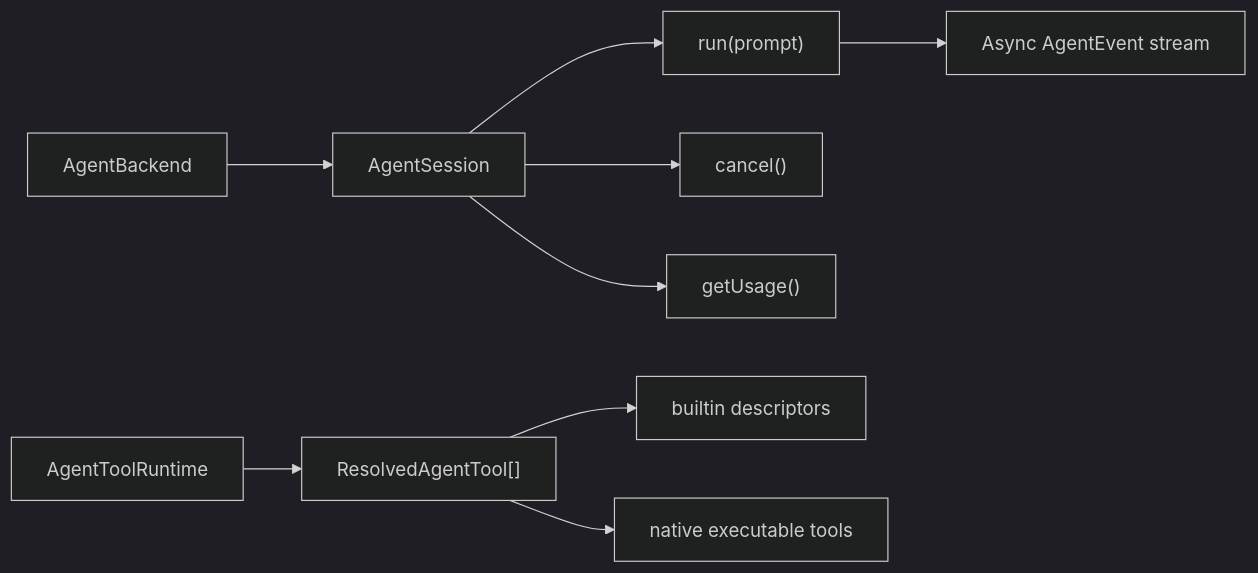
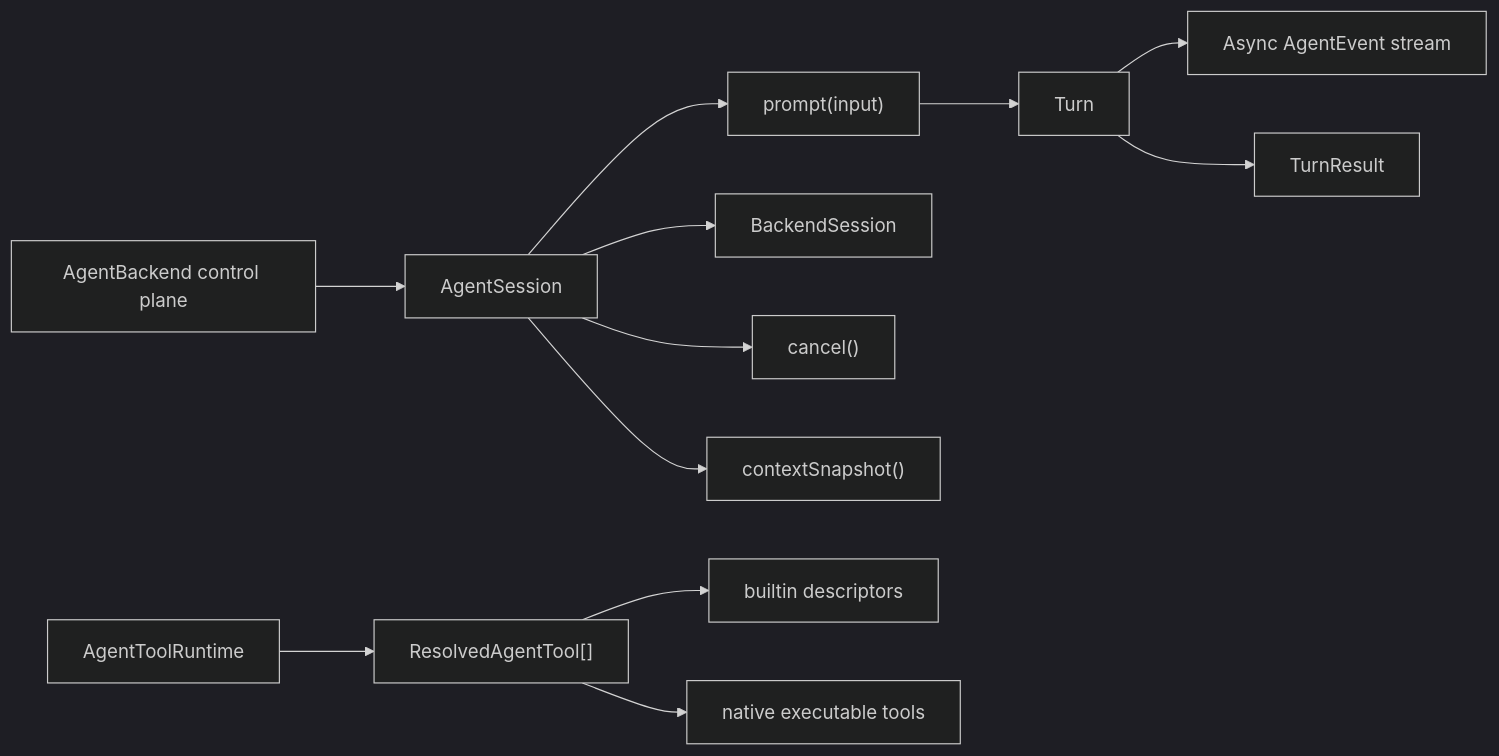
The third of 3 diagrams in docs/ARCHITECTURE.md (SureD/babybot), drawn with Mermaid (dark theme) before and after one commit. The commit also changed other lines of this file and 17 other files, not shown here.

Commit message:
Improve agent session and tool runtime integration

````diff
--- a/docs/ARCHITECTURE.md
+++ b/docs/ARCHITECTURE.md
@@ -167,11 +173,14 @@
 ```mermaid
 flowchart LR
-    Backend["AgentBackend"] --> Session["AgentSession"]
-    Session --> Run["run(prompt)"]
-    Run --> Events["Async AgentEvent stream"]
+    Control["AgentBackend control plane"] --> Session["AgentSession"]
+    Session --> Prompt["prompt(input)"]
+    Prompt --> Turn["Turn"]
+    Turn --> Events["Async AgentEvent stream"]
+    Turn --> Result["TurnResult"]
+    Session --> Backend["BackendSession"]
     Session --> Cancel["cancel()"]
-    Session --> Usage["getUsage()"]
+    Session --> Context["contextSnapshot()"]
     ToolRuntime["AgentToolRuntime"] --> Tools["ResolvedAgentTool[]"]
     Tools --> Descriptors["builtin descriptors"]
     Tools --> Executable["native executable tools"]
 ```
````
